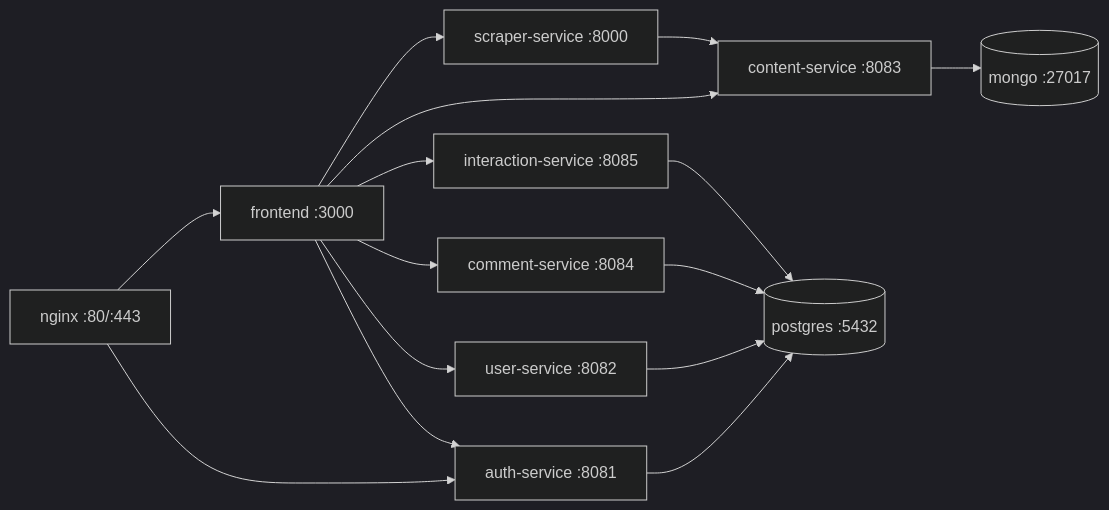
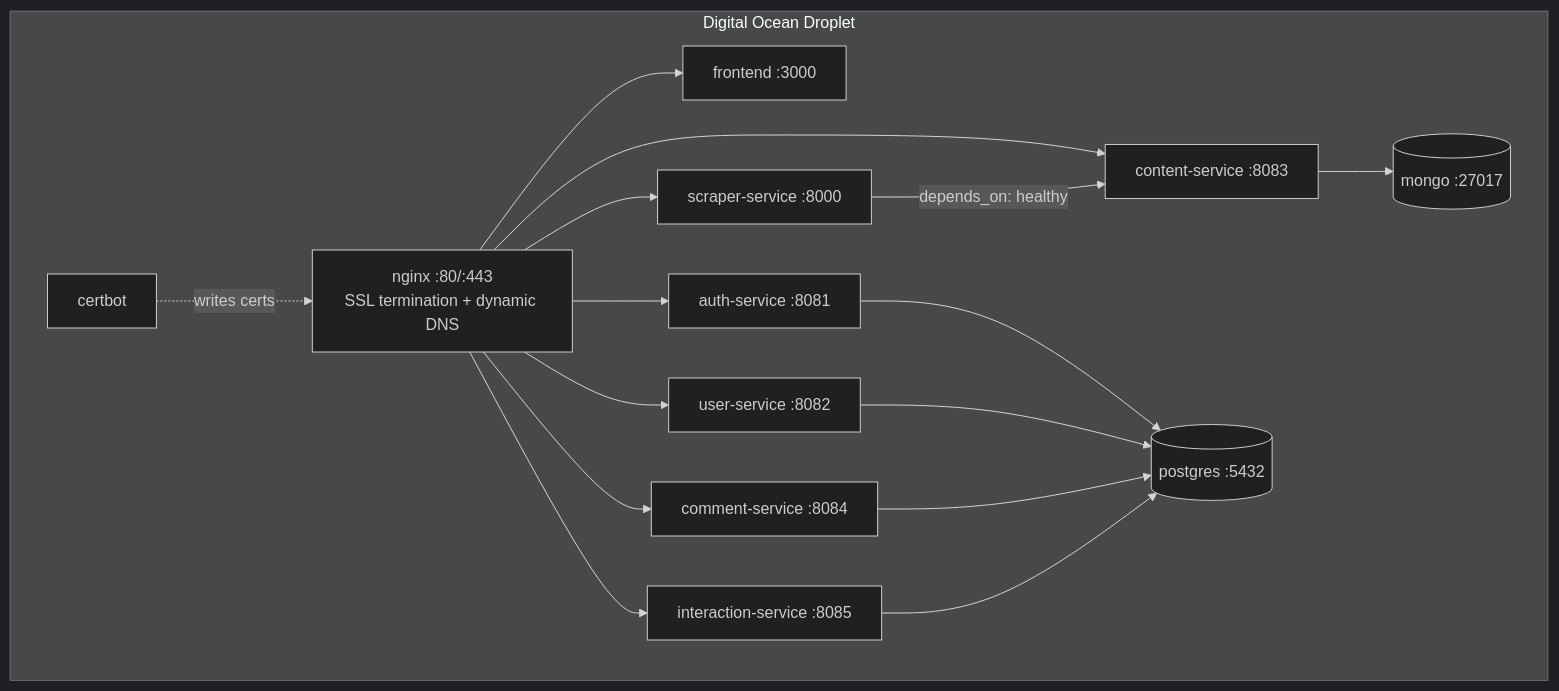
One commit to Saurav-Kalaskar/RealStream changed the third of 4 diagrams in realstream_architecture.md. Above: the diagram before and after it, drawn with Mermaid (dark theme). The commit also changed other lines of this file, not shown here.

First line of the commit message:
docs: update architecture for Digital Ocean production deployment

````diff
--- a/realstream_architecture.md
+++ b/realstream_architecture.md
@@ -562,17 +717,19 @@
 ```mermaid
-graph LR
-    NGINX[nginx :80/:443] --> FE[frontend :3000]
-    NGINX --> AUTH[auth-service :8081]
-    FE --> AUTH
-    FE --> USER_SVC[user-service :8082]
-    FE --> CONTENT[content-service :8083]
-    FE --> COMMENT[comment-service :8084]
-    FE --> INTERACTION[interaction-service :8085]
-    FE --> SCRAPER[scraper-service :8000]
-    AUTH --> PG[(postgres :5432)]
-    USER_SVC --> PG
-    COMMENT --> PG
-    INTERACTION --> PG
-    CONTENT --> MONGO[(mongo :27017)]
-    SCRAPER --> CONTENT
+graph TD
+    subgraph "Digital Ocean Droplet"
+        NGINX["nginx :80/:443<br/>SSL termination + dynamic DNS"] --> FE[frontend :3000]
+        NGINX --> AUTH[auth-service :8081]
+        NGINX --> USER_SVC[user-service :8082]
+        NGINX --> CONTENT[content-service :8083]
+        NGINX --> COMMENT[comment-service :8084]
+        NGINX --> INTERACTION[interaction-service :8085]
+        NGINX --> SCRAPER[scraper-service :8000]
+        AUTH --> PG[(postgres :5432)]
+        USER_SVC --> PG
+        COMMENT --> PG
+        INTERACTION --> PG
+        CONTENT --> MONGO[(mongo :27017)]
+        SCRAPER -->|depends_on: healthy| CONTENT
+        CERTBOT[certbot] -.->|writes certs| NGINX
+    end
 ```
````
